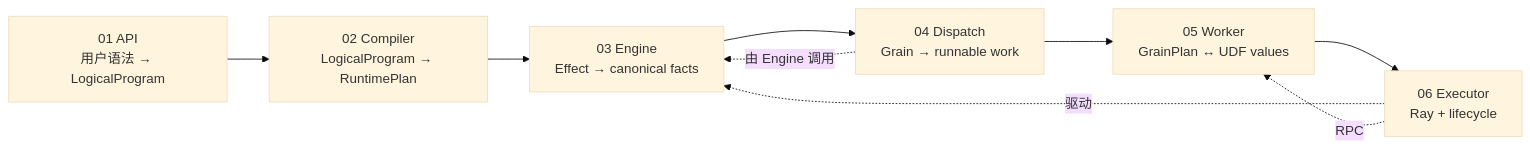
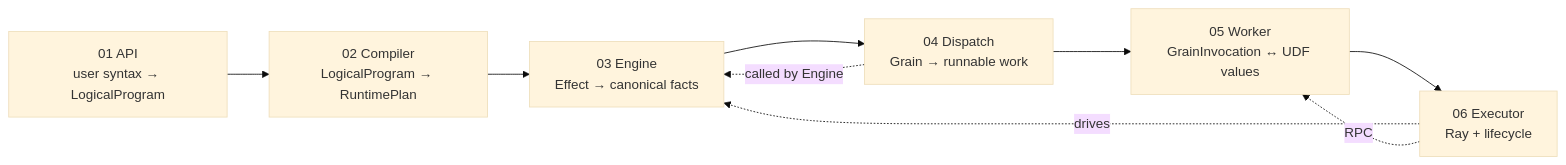
One commit to OpenDCAI/RayOrch changed the second of 3 diagrams in docs/multigrain_v3_6_walkthrough/README.md. Above: the diagram before and after it, drawn with Mermaid (base theme). The commit also changed other lines of this file and 31 other files, not shown here.

Commit message:
docs(v3.6): publish bilingual architecture guides

````diff
--- a/docs/multigrain_v3_6_walkthrough/README.md
+++ b/docs/multigrain_v3_6_walkthrough/README.md
@@ -107,14 +150,14 @@
 ```mermaid
 flowchart LR
-    API["01 API<br/>用户语法 → LogicalProgram"]
+    API["01 API<br/>user syntax → LogicalProgram"]
     Compiler["02 Compiler<br/>LogicalProgram → RuntimePlan"]
     Engine["03 Engine<br/>Effect → canonical facts"]
     Dispatch["04 Dispatch<br/>Grain → runnable work"]
-    Worker["05 Worker<br/>GrainPlan ↔ UDF values"]
+    Worker["05 Worker<br/>GrainInvocation ↔ UDF values"]
     Executor["06 Executor<br/>Ray + lifecycle"]
 
     API --> Compiler --> Engine --> Dispatch --> Worker --> Executor
-    Dispatch -."由 Engine 调用".-> Engine
-    Executor -."驱动".-> Engine
+    Dispatch -."called by Engine".-> Engine
+    Executor -."drives".-> Engine
     Executor -."RPC".-> Worker
 ```
````
